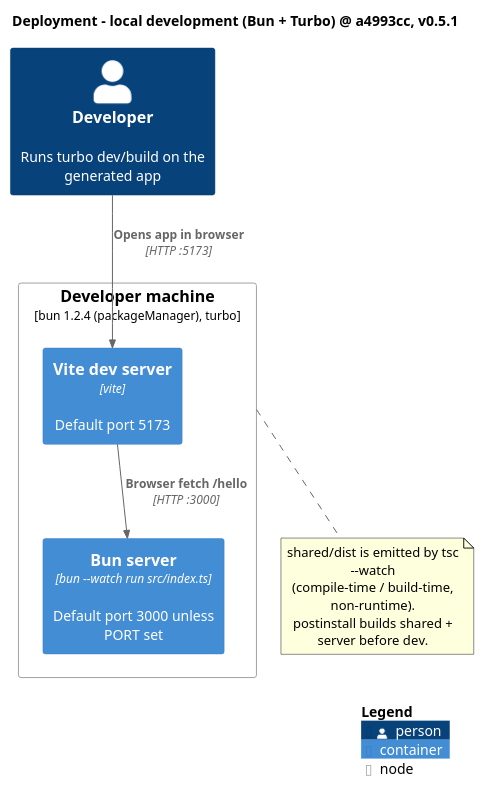
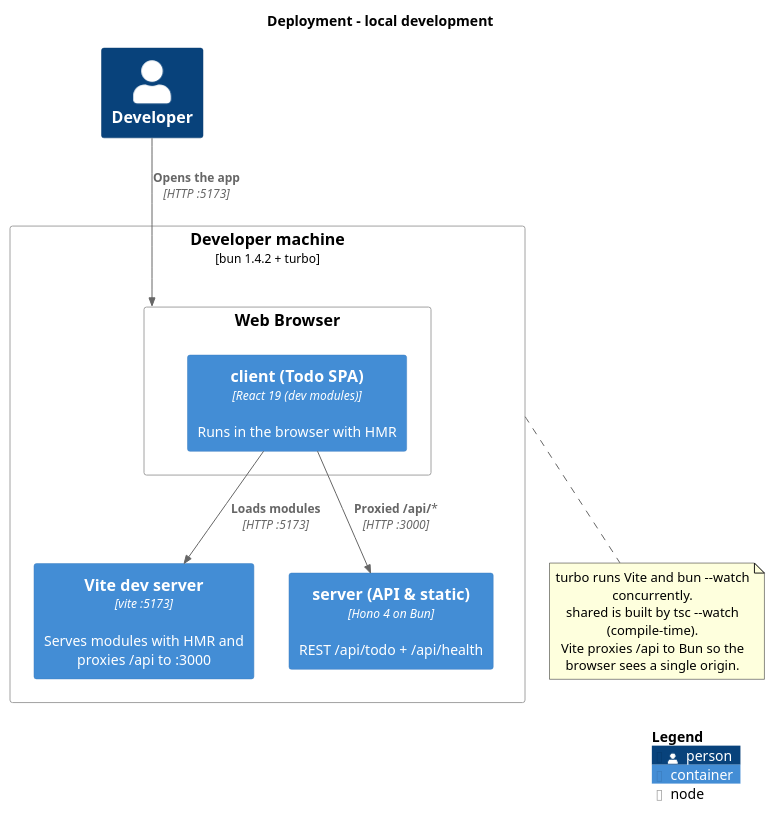
Before and after one commit to MemoryIt/todo: the diagram in docs/architecture/diagrams/06a-deployment-local-dev.puml, drawn with PlantUML.

Commit message:
docs(diagrams): rewrite local development deployment diagram
Show the browser-hosted SPA, the Vite dev server with the /api
proxy, and the Bun server, replacing the hello-era layout.

```diff
--- a/docs/architecture/diagrams/06a-deployment-local-dev.puml
+++ b/docs/architecture/diagrams/06a-deployment-local-dev.puml
@@ -1,22 +1,26 @@
 @startuml
 !include <C4/C4_Deployment>
-title Deployment - local development (Bun + Turbo) @ a4993cc, v0.5.1
+title Deployment - local development
 
-Person(dev, "Developer", "Runs turbo dev/build on the generated app")
+Person(dev, "Developer")
 
-Deployment_Node(devMachine, "Developer machine", "bun 1.2.4 (packageManager), turbo") {
-  Container(devVite, "Vite dev server", "vite", "Default port 5173")
-  Container(devServer, "Bun server", "bun --watch run src/index.ts", "Default port 3000 unless PORT set")
+Deployment_Node(devMachine, "Developer machine", "bun 1.4.2 + turbo") {
+  Deployment_Node(browser, "Web Browser") {
+    Container(client, "client (Todo SPA)", "React 19 (dev modules)", "Runs in the browser with HMR")
+  }
+  Container(vite, "Vite dev server", "vite :5173", "Serves modules with HMR and proxies /api to :3000")
+  Container(server, "server (API & static)", "Hono 4 on Bun", "REST /api/todo + /api/health")
 }
 
-Rel(dev, devVite, "Opens app in browser", "HTTP :5173")
-Rel(devVite, devServer, "Browser fetch /hello", "HTTP :3000")
+Rel(dev, browser, "Opens the app", "HTTP :5173")
+Rel(client, vite, "Loads modules", "HTTP :5173")
+Rel(client, server, "Proxied /api/*", "HTTP :3000")
 
 note bottom of devMachine
-  shared/dist is emitted by tsc --watch
-  (compile-time / build-time, non-runtime).
-  postinstall builds shared + server before dev.
+  turbo runs Vite and bun --watch concurrently.
+  shared is built by tsc --watch (compile-time).
+  Vite proxies /api to Bun so the browser sees a single origin.
 end note
 
 SHOW_LEGEND()
 @enduml
```
